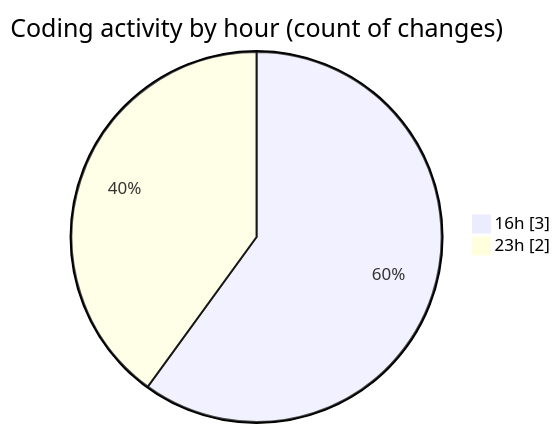
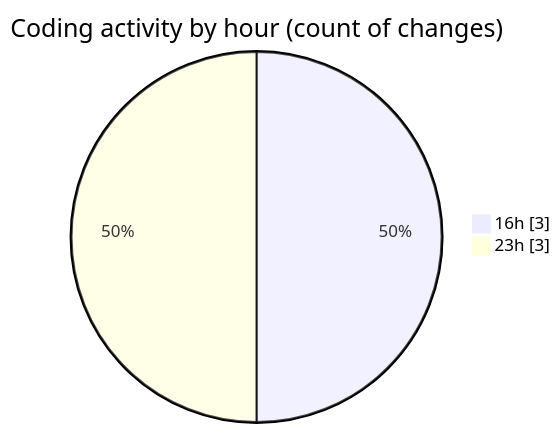
The second of 2 diagrams in 2025-02-09/react_ecom/README.md (Elitesun/code-tracking), drawn with Mermaid before and after one commit. The commit also changed other lines of this file and 1 other file, not shown here.

````diff
--- a/2025-02-09/react_ecom/README.md
+++ b/2025-02-09/react_ecom/README.md
@@ -32,6 +32,6 @@
 ```mermaid
 pie showData
 title Coding activity by hour (count of changes)
 "16h" : 3
-"23h" : 2
+"23h" : 3
 ```
````
